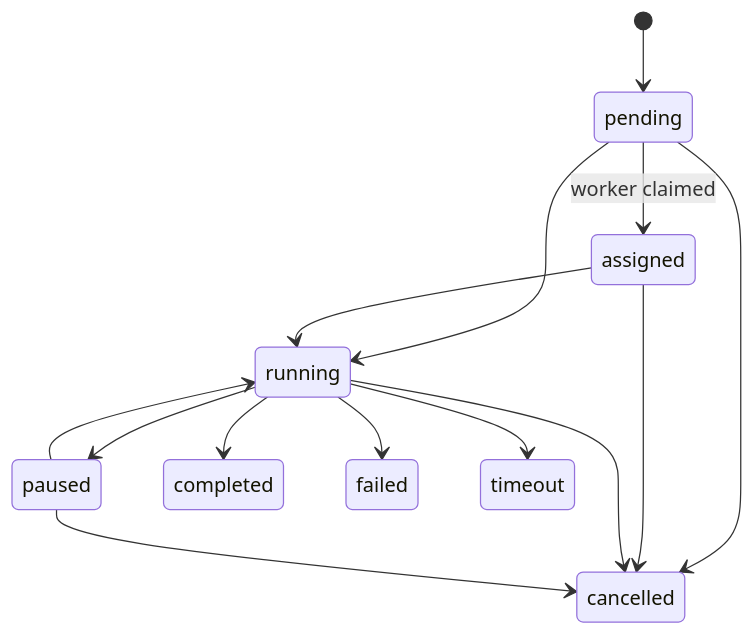
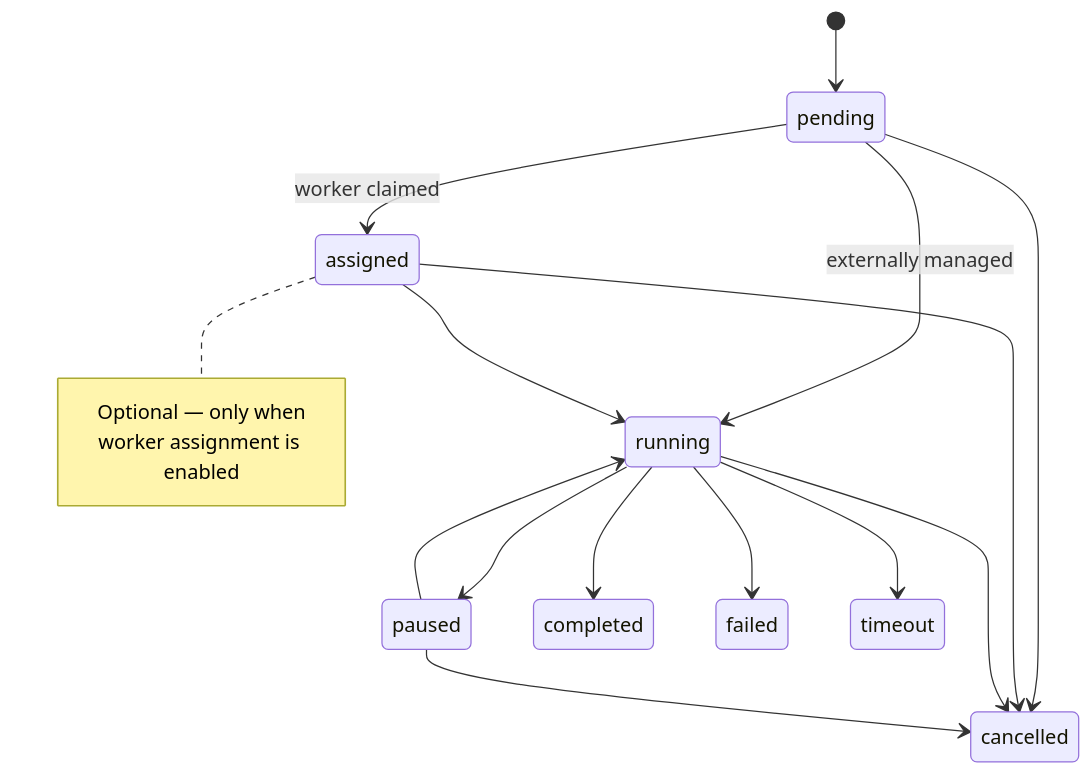
One commit to weightwave/taskcast changed the second of 2 diagrams in README.md. Above: the diagram before and after it, drawn with Mermaid. The commit also changed 1 other file, not shown here.

Commit message:
docs: add dashed style for optional assigned state in lifecycle diagram
Mark the assigned state with dashed border and annotation to indicate
it's optional (only when worker assignment is enabled). Annotate
pending→running as externally managed.

````diff
--- a/README.md
+++ b/README.md
@@ -329,16 +329,21 @@
 ```mermaid
 stateDiagram-v2
+    classDef optional stroke-dasharray: 5 5,stroke:#999,color:#666
+
     [*] --> pending
     pending --> assigned : worker claimed
-    pending --> running
+    pending --> running : externally managed
     pending --> cancelled
     assigned --> running
     assigned --> cancelled
     running --> paused
     running --> completed
     running --> failed
     running --> timeout
     running --> cancelled
     paused --> running
     paused --> cancelled
+
+    assigned:::optional
+    note right of assigned : Optional — only when<br/>worker assignment is enabled
 ```
````
